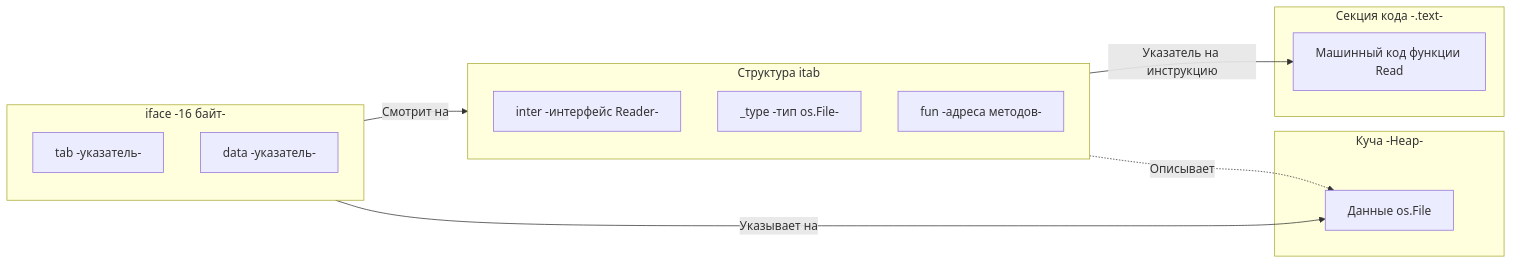
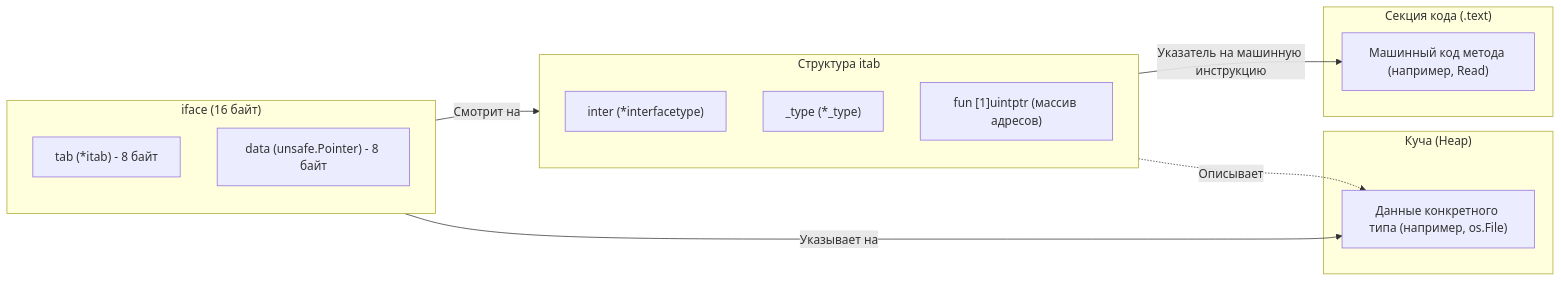
One commit to UnrealTemplier/go-textbook changed the first of 2 diagrams in sources/5. Учебник по Go (Основы и синтаксис)/24. Интерфейсы под капотом. iface и eface.md. Above: the diagram before and after it, drawn with Mermaid. The commit also changed other lines of this file, not shown here.

````diff
--- a/sources/5. Учебник по Go (Основы и синтаксис)/24. Интерфейсы под капотом. iface и eface.md
+++ b/sources/5. Учебник по Go (Основы и синтаксис)/24. Интерфейсы под капотом. iface и eface.md
@@ -58,28 +72,28 @@
 ```mermaid
 flowchart LR
-    subgraph IFACE ["iface -16 байт-"]
+    subgraph IFACE ["iface (16 байт)"]
         direction TB
-        Tab["tab -указатель-"]
-        Data["data -указатель-"]
+        Tab["tab (*itab) - 8 байт"]
+        Data["data (unsafe.Pointer) - 8 байт"]
     end
 
     subgraph ITAB ["Структура itab"]
         direction TB
-        Inter["inter -интерфейс Reader-"]
-        Type["_type -тип os.File-"]
-        Fun["fun -адреса методов-"]
+        Inter["inter (*interfacetype)"]
+        Type["_type (*_type)"]
+        Fun["fun [1]uintptr (массив адресов)"]
     end
 
-    subgraph Memory ["Куча -Heap-"]
-        Value["Данные os.File"]
+    subgraph Memory ["Куча (Heap)"]
+        Value["Данные конкретного типа (например, os.File)"]
     end
 
-    subgraph Text ["Секция кода -.text-"]
-        Method["Машинный код функции Read"]
+    subgraph Text ["Секция кода (.text)"]
+        Method["Машинный код метода (например, Read)"]
     end
 
     Tab -->|"Смотрит на"| ITAB
     Data -->|"Указывает на"| Value
     Type -.->|"Описывает"| Value
-    Fun -->|"Указатель на инструкцию"| Method
+    Fun -->|"Указатель на машинную инструкцию"| Method
 ```
````
